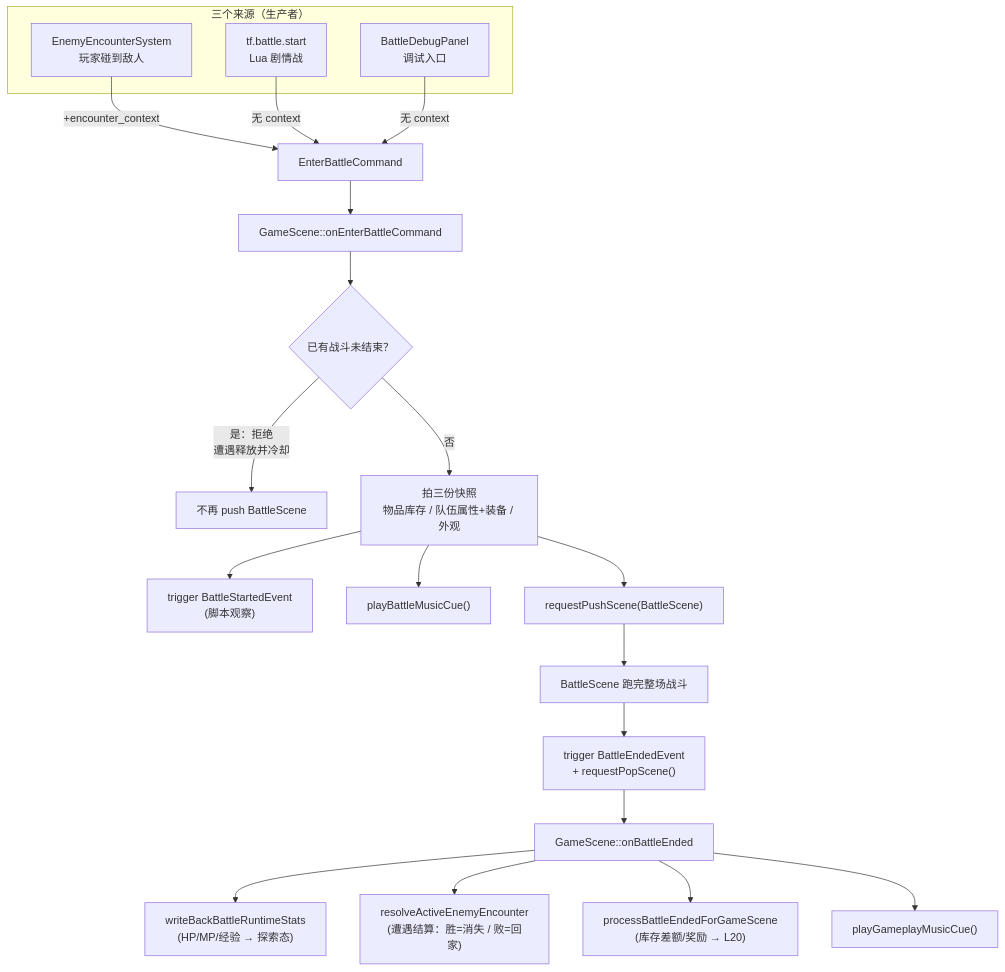
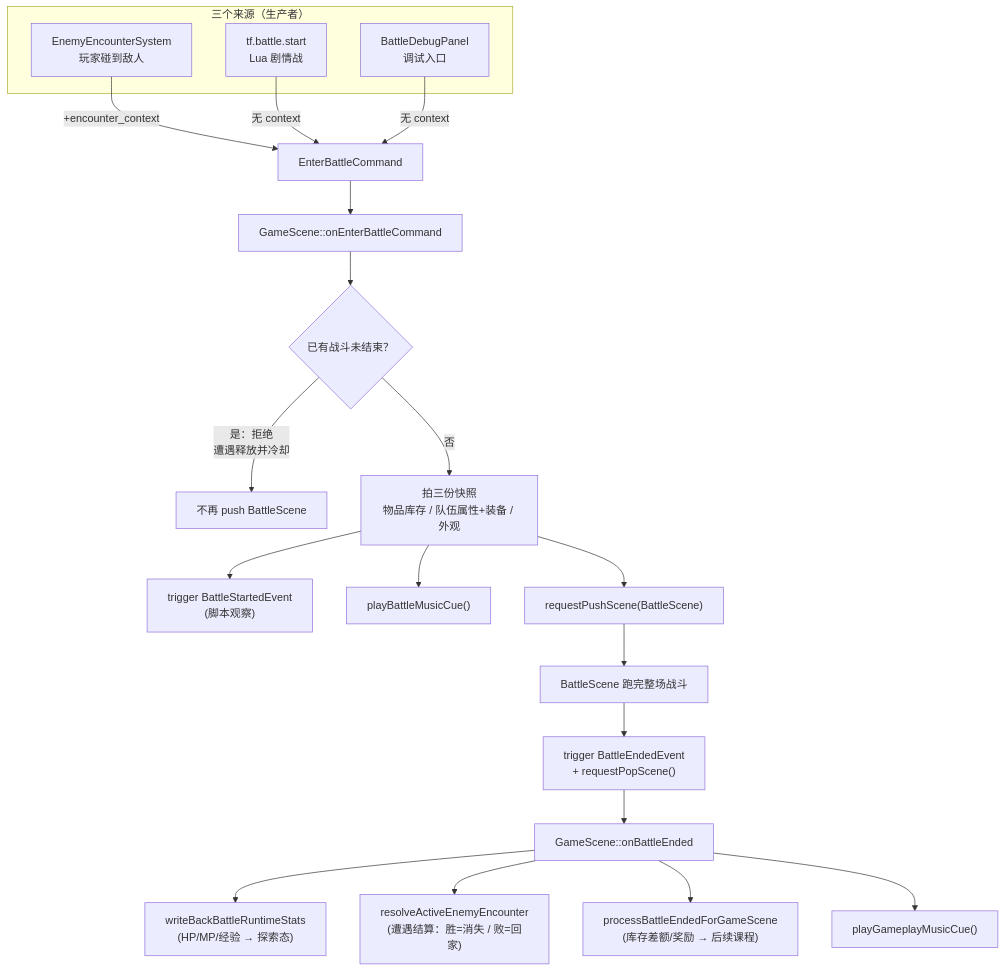
Before and after one commit to WispSnow/TinyFarmRPG: the diagram in lecture_plans/lectures/15-探索与战斗的过渡.md, drawn with Mermaid. The commit also changed other lines of this file and 14 other files, not shown here.

````diff
--- a/lecture_plans/lectures/15-探索与战斗的过渡.md
+++ b/lecture_plans/lectures/15-探索与战斗的过渡.md
@@ -44,28 +42,28 @@
 ```mermaid
 flowchart TD
     subgraph SRC["三个来源（生产者）"]
         ENC["EnemyEncounterSystem<br/>玩家碰到敌人"]
         LUA["tf.battle.start<br/>Lua 剧情战"]
         DBG["BattleDebugPanel<br/>调试入口"]
     end
 
     ENC -->|"+encounter_context"| CMD["EnterBattleCommand"]
     LUA -->|"无 context"| CMD
     DBG -->|"无 context"| CMD
 
     CMD --> ENTER["GameScene::onEnterBattleCommand"]
     ENTER --> GUARD{"已有战斗未结束？"}
     GUARD -->|"是：拒绝<br/>遭遇释放并冷却"| BLOCK["不再 push BattleScene"]
     GUARD -->|"否"| SNAP["拍三份快照<br/>物品库存 / 队伍属性+装备 / 外观"]
     SNAP --> EVT1["trigger BattleStartedEvent<br/>(脚本观察)"]
     SNAP --> MUSIC1["playBattleMusicCue()"]
     SNAP --> PUSH["requestPushScene(BattleScene)"]
 
     PUSH --> BATTLE["BattleScene 跑完整场战斗"]
     BATTLE --> EVT2["trigger BattleEndedEvent<br/>+ requestPopScene()"]
     EVT2 --> EXIT["GameScene::onBattleEnded"]
     EXIT --> WB["writeBackBattleRuntimeStats<br/>(HP/MP/经验 → 探索态)"]
     EXIT --> SETTLE["resolveActiveEnemyEncounter<br/>(遭遇结算：胜=消失 / 败=回家)"]
-    EXIT --> REWARD["processBattleEndedForGameScene<br/>(库存差额/奖励 → L20)"]
+    EXIT --> REWARD["processBattleEndedForGameScene<br/>(库存差额/奖励 → 后续课程)"]
     EXIT --> MUSIC2["playGameplayMusicCue()"]
 ```
````
